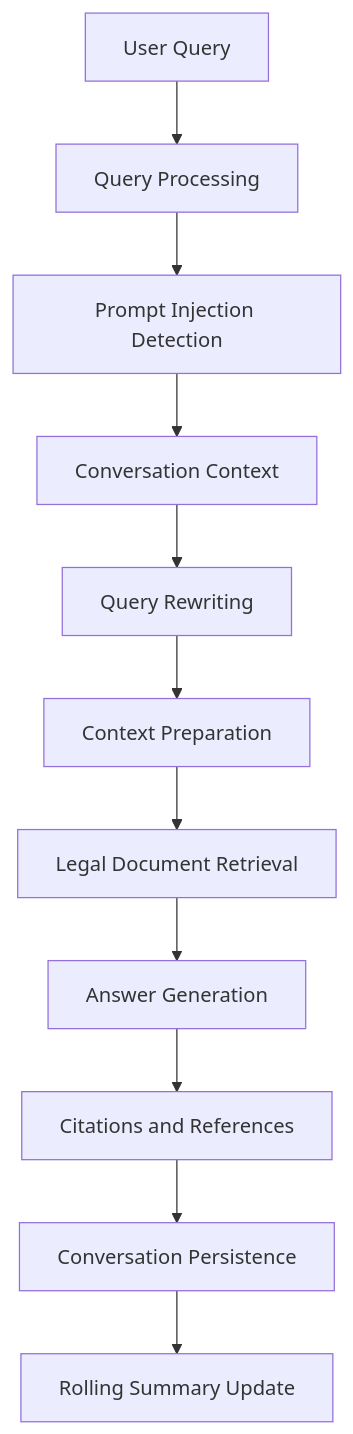
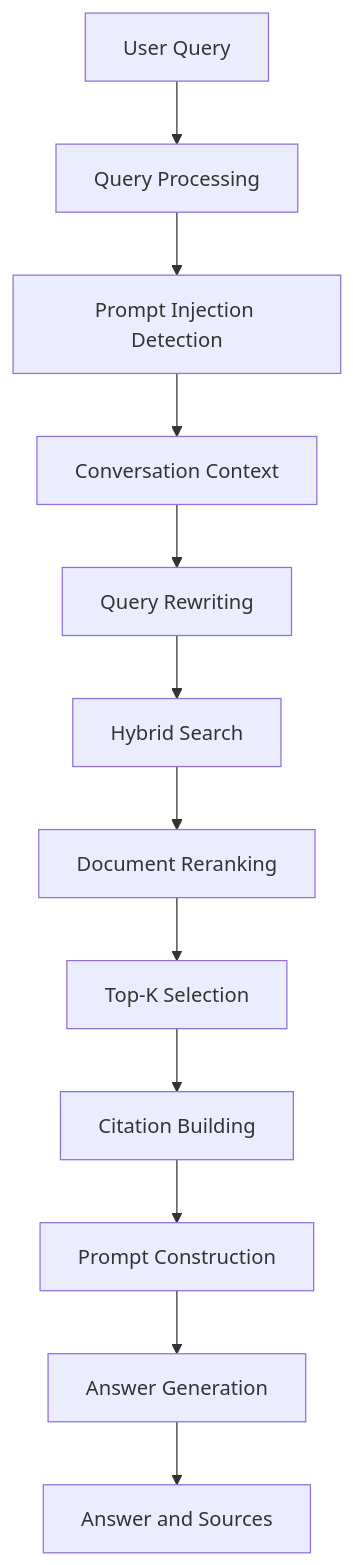
Before and after one commit to legal-rag-org/egyptian-legal-rag: the diagram in README.md, drawn with Mermaid. The commit also changed other lines of this file, not shown here.

````diff
--- a/README.md
+++ b/README.md
@@ -27,13 +27,14 @@
 ```mermaid
 flowchart TD
     A[User Query] --> B[Query Processing]
     B --> C[Prompt Injection Detection]
     C --> D[Conversation Context]
     D --> E[Query Rewriting]
-    E --> F[Context Preparation]
-    F --> G[Legal Document Retrieval]
-    G --> H[Answer Generation]
-    H --> I[Citations and References]
-    I --> J[Conversation Persistence]
-    J --> K[Rolling Summary Update]
+    E --> F[Hybrid Search]
+    F --> G[Document Reranking]
+    G --> H[Top-K Selection]
+    H --> I[Citation Building]
+    I --> J[Prompt Construction]
+    J --> K[Answer Generation]
+    K --> L[Answer and Sources]
 ```
````
